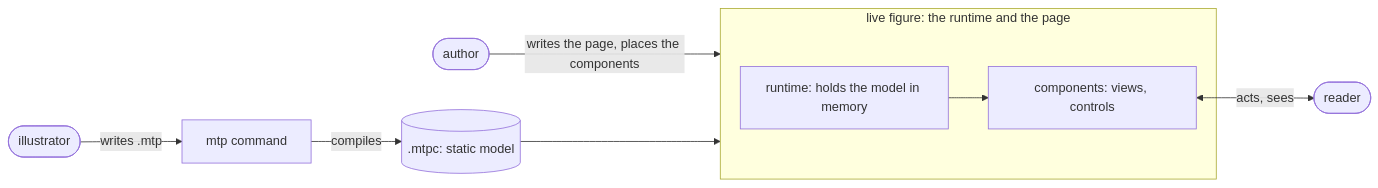
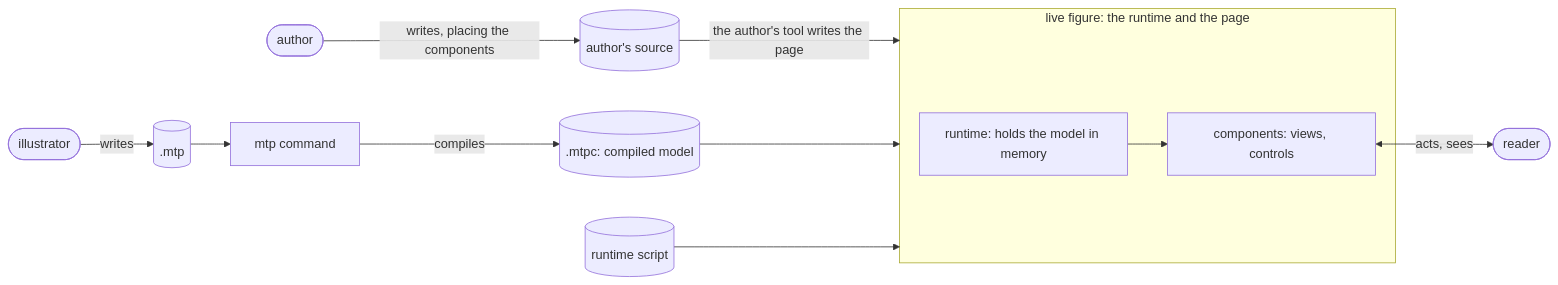
One commit to aris-pub/mathterpiece changed the first of 3 diagrams in docs/data-model.md. Above: the diagram before and after it, drawn with Mermaid. The commit also changed other lines of this file, not shown here.

First line of the commit message:
List the data model's five artifacts

````diff
--- a/docs/data-model.md
+++ b/docs/data-model.md
@@ -9,11 +19,14 @@
 ```mermaid
 flowchart LR
-  illustrator([illustrator]) -->|writes .mtp| cmd["mtp command"]
-  cmd -->|compiles| mtpc[(".mtpc: static model")]
-  author([author]) -->|writes the page, places the components| live
+  illustrator([illustrator]) -->|writes| mtp[(".mtp")]
+  mtp --> cmd["mtp command"]
+  cmd -->|compiles| mtpc[(".mtpc: compiled model")]
+  author([author]) -->|writes, placing the components| source[("author's source")]
+  source -->|the author's tool writes the page| live
   mtpc --> live
+  script[("runtime script")] --> live
   subgraph live [live figure: the runtime and the page]
     runtime["runtime: holds the model in memory"] --> components["components: views, controls"]
   end
   components <-->|acts, sees| reader([reader])
 ```
````
